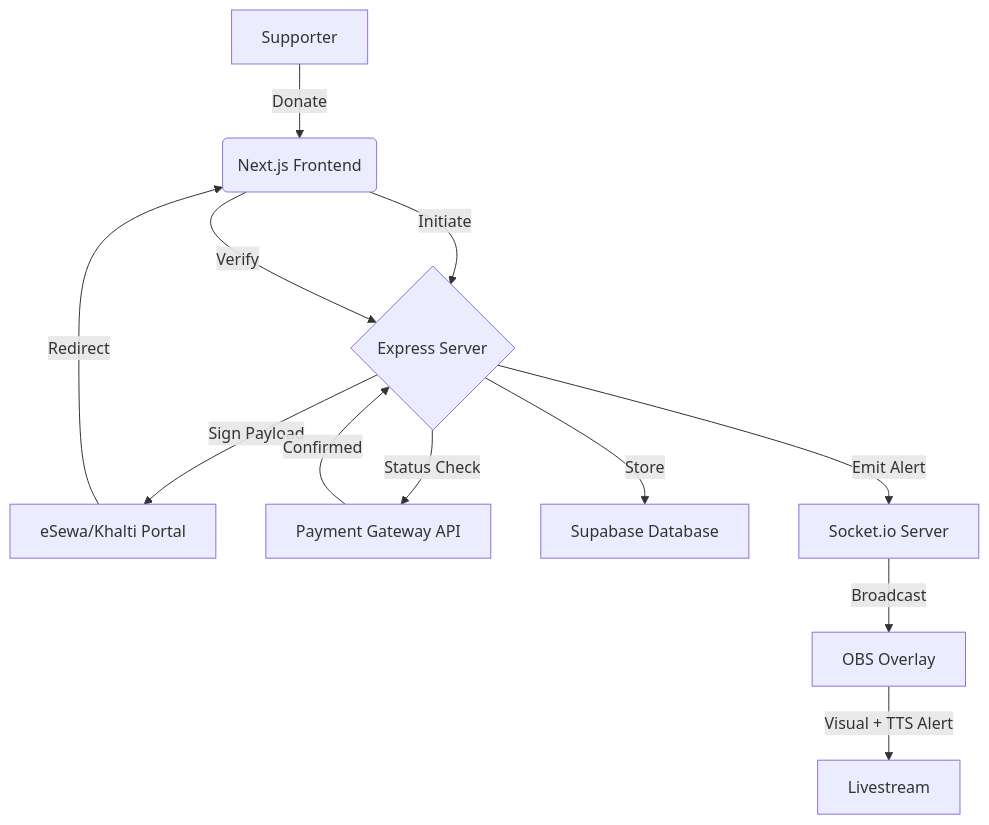
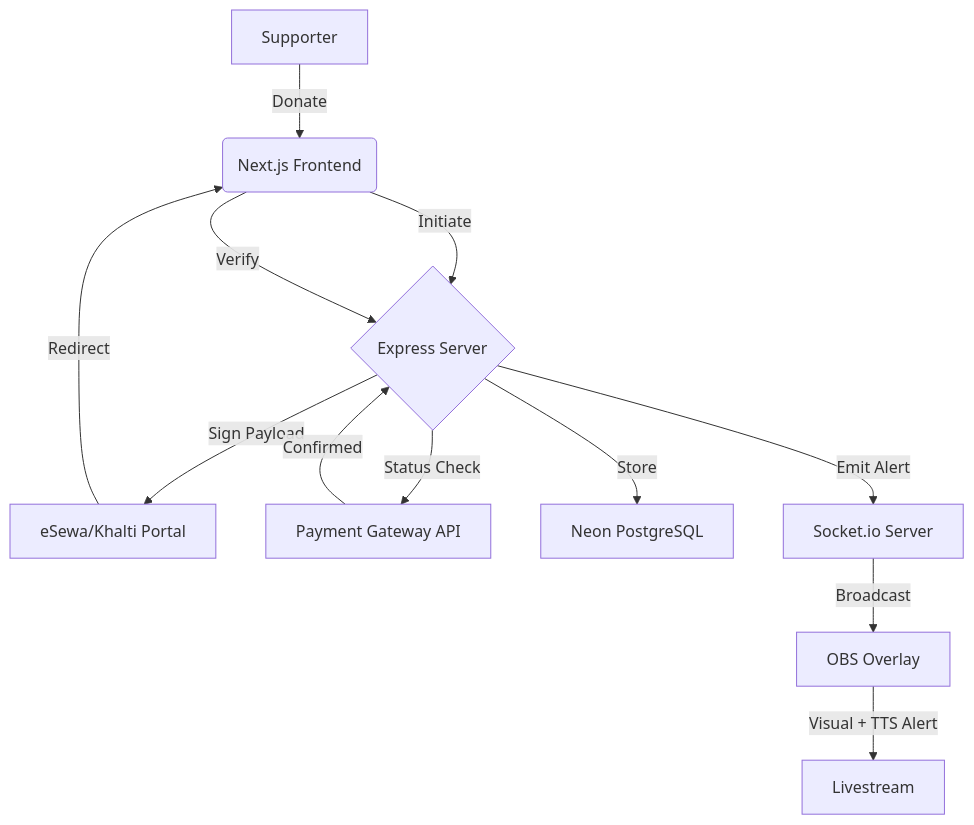
Before and after one commit to shubhamgyawali7/Superchat-Nepal: the diagram in README.md, drawn with Mermaid. The commit also changed other lines of this file and 23 other files, not shown here.

Commit message:
refactor: migrate backend database from Supabase to Neon PostgreSQL with Prisma and custom JWT auth

````diff
--- a/README.md
+++ b/README.md
@@ -50,14 +50,14 @@
 ```mermaid
 graph TD
     A[Supporter] -->|Donate| B(Next.js Frontend)
     B -->|Initiate| C{Express Server}
     C -->|Sign Payload| D[eSewa/Khalti Portal]
     D -->|Redirect| B
     B -->|Verify| C
     C -->|Status Check| E[Payment Gateway API]
     E -->|Confirmed| C
-    C -->|Store| F[Supabase Database]
+    C -->|Store| F[Neon PostgreSQL]
     C -->|Emit Alert| G[Socket.io Server]
     G -->|Broadcast| H[OBS Overlay]
     H -->|Visual + TTS Alert| I[Livestream]
 ```
````
